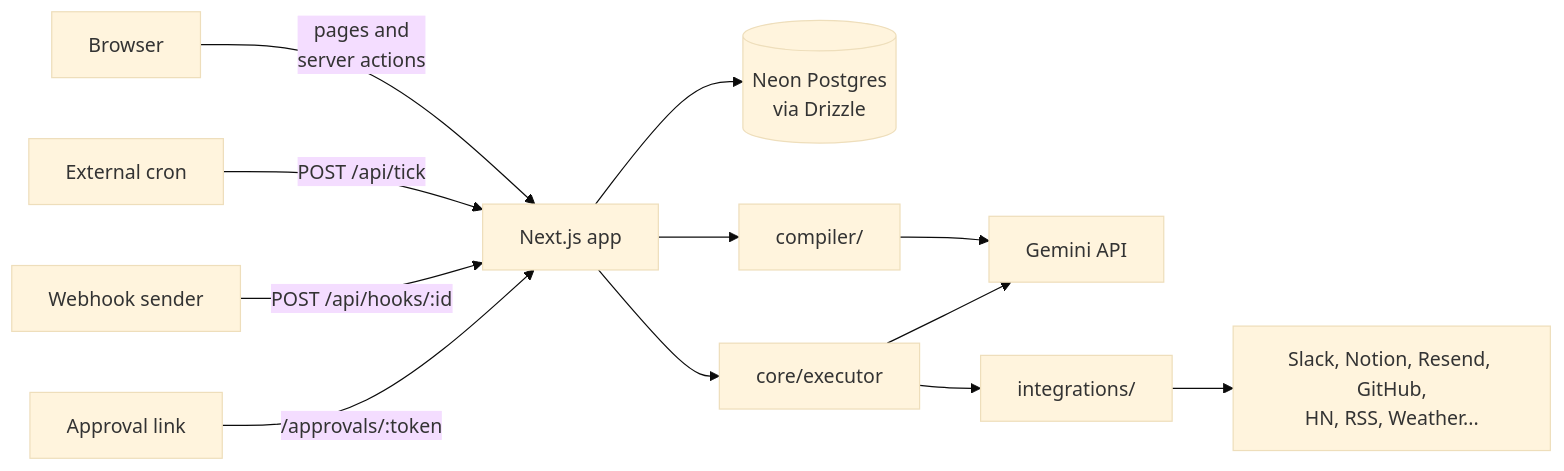
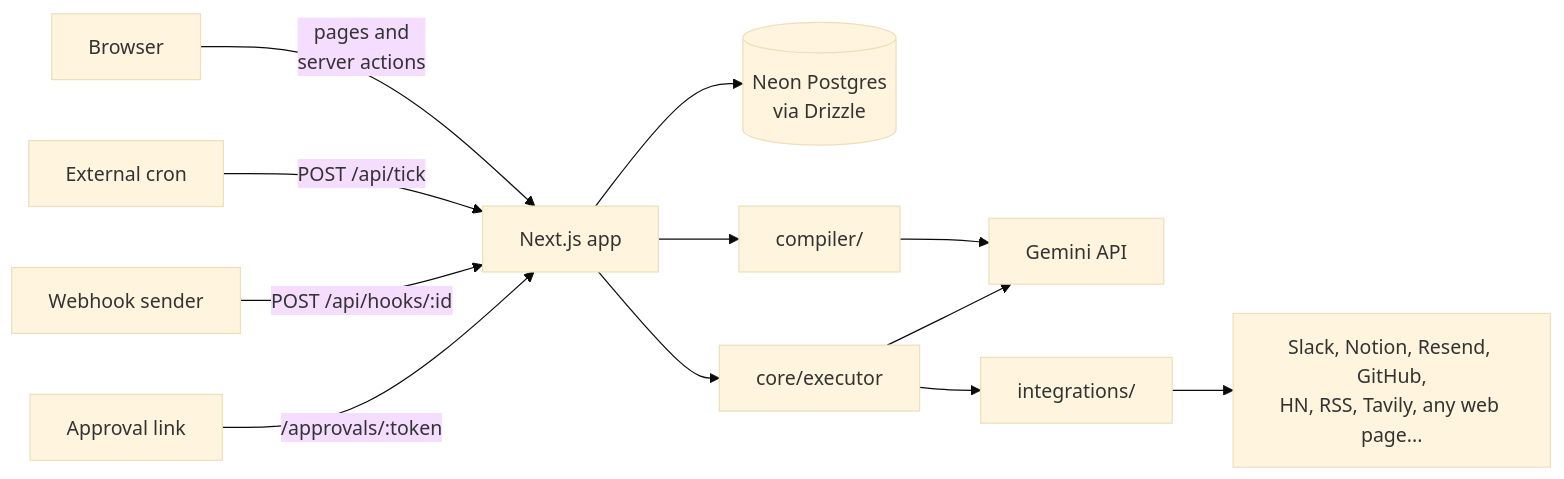
One commit to PrajwatSrivastava/AgentDesk-AI-Workflow changed the second of 2 diagrams in README.md. Above: the diagram before and after it, drawn with Mermaid (base theme). The commit also changed other lines of this file and 46 other files, not shown here.

````diff
--- a/README.md
+++ b/README.md
@@ -74,14 +91,14 @@
 ```mermaid
 flowchart LR
     U["Browser"] -->|"pages and<br/>server actions"| N["Next.js app"]
     N --> DB[("Neon Postgres<br/>via Drizzle")]
     N --> C["compiler/"]
     C --> G["Gemini API"]
     N --> E["core/executor"]
     E --> G
     E --> I["integrations/"]
-    I --> X["Slack, Notion, Resend, GitHub,<br/>HN, RSS, Weather..."]
+    I --> X["Slack, Notion, Resend, GitHub,<br/>HN, RSS, Tavily, any web page..."]
     Cron["External cron"] -->|"POST /api/tick"| N
     W["Webhook sender"] -->|"POST /api/hooks/:id"| N
     L["Approval link"] -->|"/approvals/:token"| N
 ```
````
